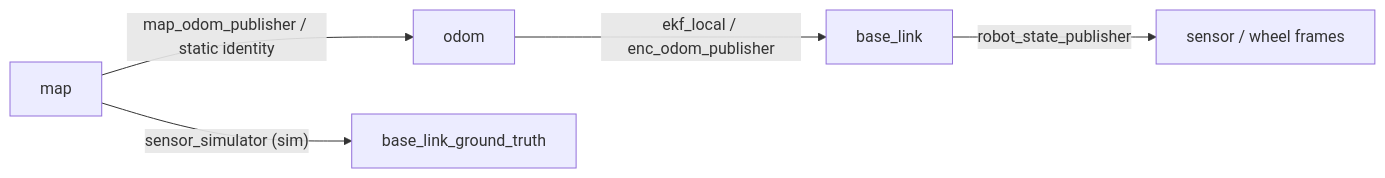
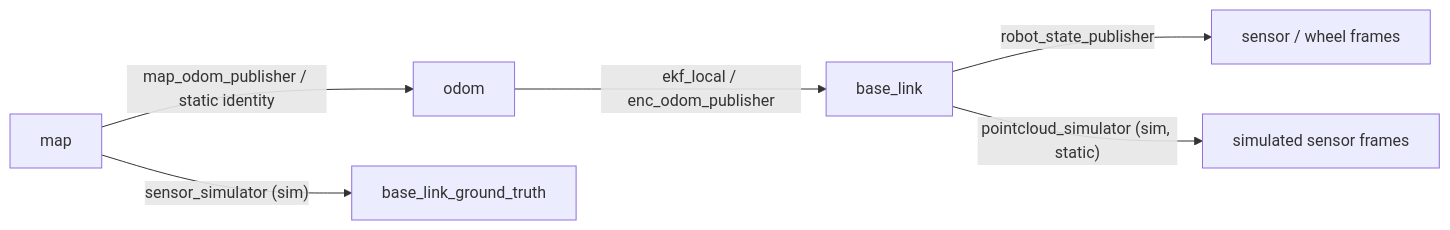
One commit to umigv/maverick changed the second of 2 diagrams in src/bringup/README.md. Above: the diagram before and after it, drawn with Mermaid. The commit also changed other lines of this file and 14 other files, not shown here.

Commit message:
feat(WIP): pointcloud sim

````diff
--- a/src/bringup/README.md
+++ b/src/bringup/README.md
@@ -74,7 +75,8 @@
 ```mermaid
 flowchart LR
     map[map] --> |"map_odom_publisher / static identity"| odom[odom]
     odom --> |"ekf_local / enc_odom_publisher"| base_link[base_link]
     base_link --> |"robot_state_publisher"| sensors["sensor / wheel frames"]
     map --> |"sensor_simulator (sim)"| ground_truth[base_link_ground_truth]
+    base_link --> |"pointcloud_simulator (sim, static)"| sim_sensors["simulated sensor frames"]
 ```
````
